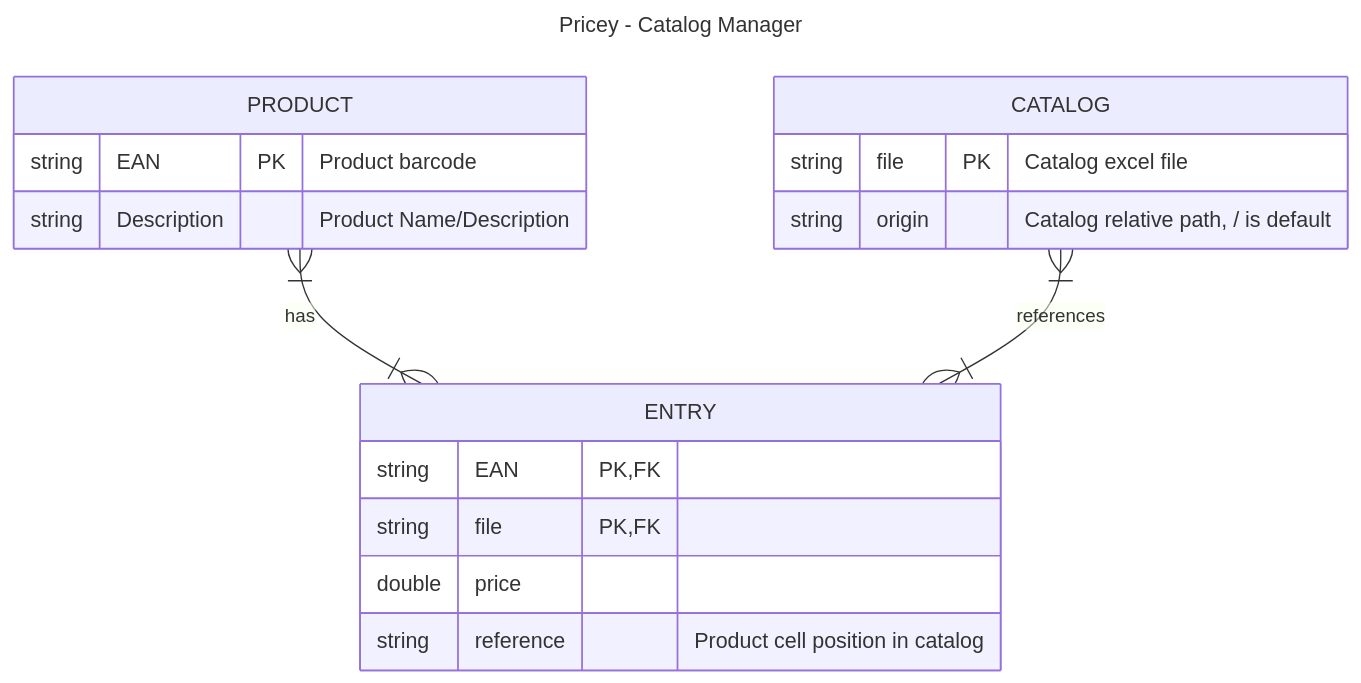
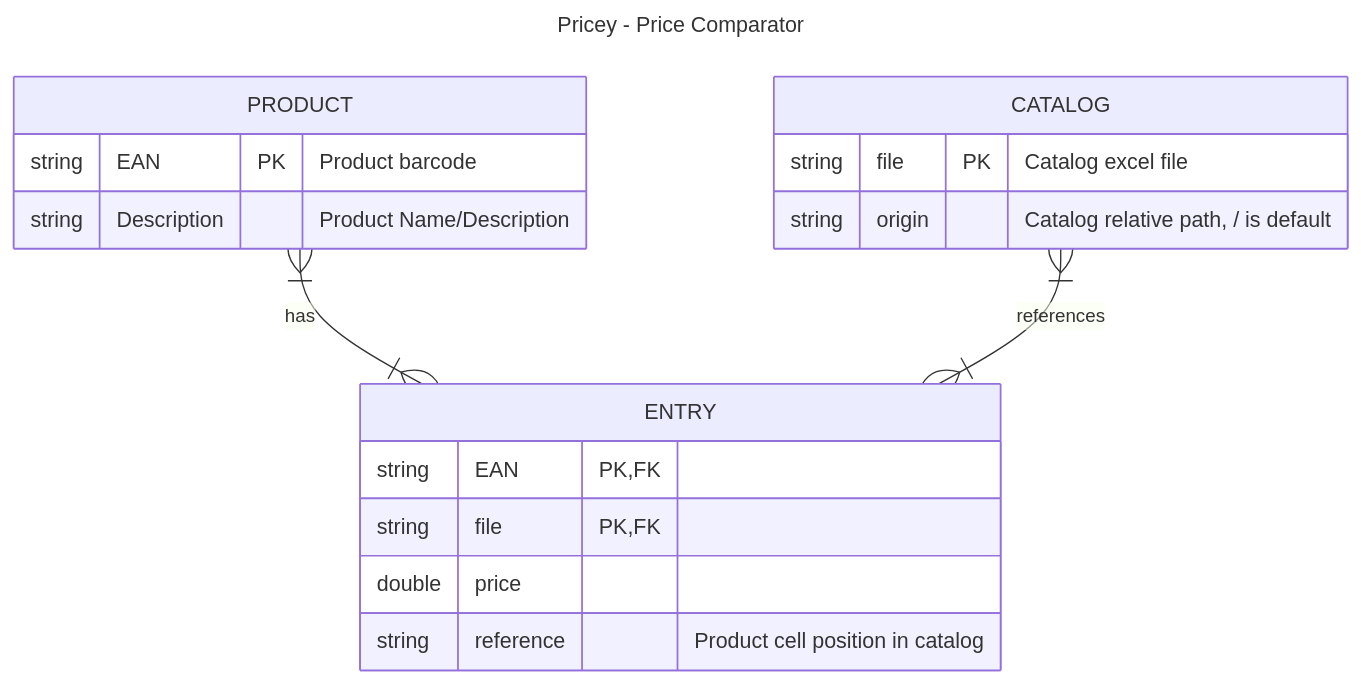
One commit to slashtube/pricey changed the diagram in README.md. Above: the diagram before and after it, drawn with Mermaid.

Commit message:
Update title in E-R Database diagram

````diff
--- a/README.md
+++ b/README.md
@@ -42,26 +42,26 @@
 ```mermaid
 ---
-title: Pricey - Catalog Manager
+title: Pricey - Price Comparator
 ---
 erDiagram
 	direction TB
 	PRODUCT {
 		string EAN PK "Product barcode"  
 		string Description  "Product Name/Description"  
 	}
 
 	CATALOG {
 		string file PK "Catalog excel file"
 		string origin  "Catalog relative path, / is default"    
 	}
 
     ENTRY {
         string EAN PK,FK
         string file PK,FK
         double price
 		string reference "Product cell position in catalog"
     }
 
     PRODUCT }|--|{ ENTRY : has
     CATALOG }|--|{ ENTRY : references
 ```
````
